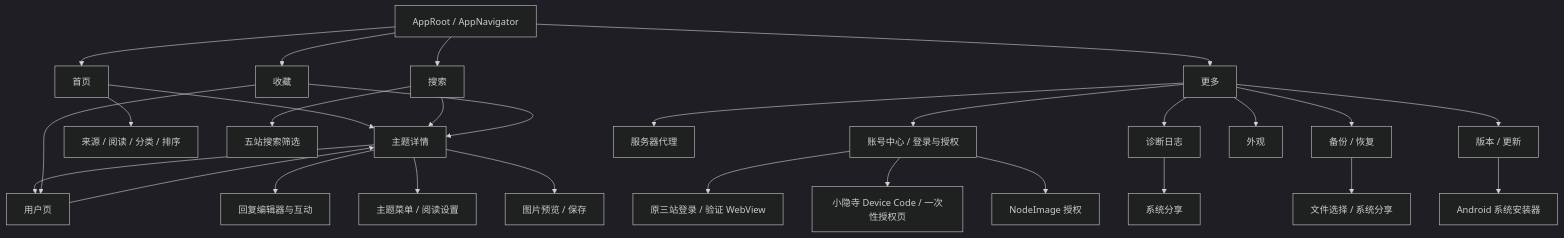
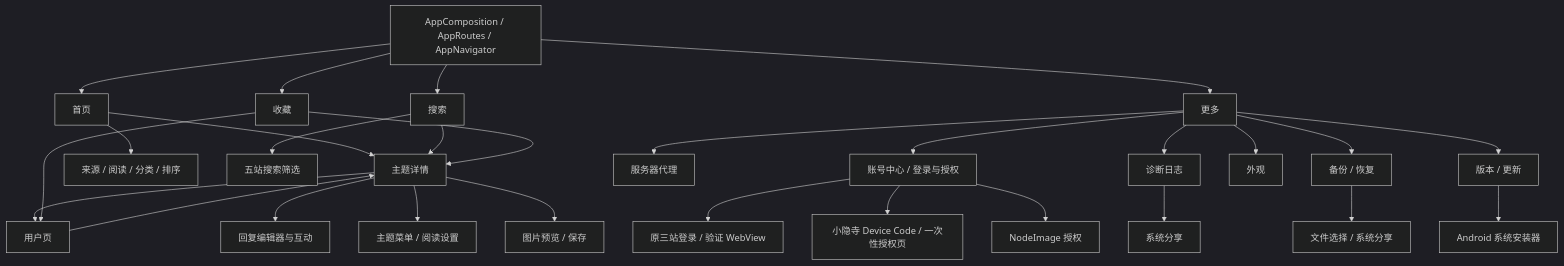
Before and after one commit to everythink98/wz-android: the diagram in docs/product-map.md, drawn with Mermaid (dark theme). The commit also changed other lines of this file and 5 other files, not shown here.

````diff
--- a/docs/product-map.md
+++ b/docs/product-map.md
@@ -16,30 +16,30 @@
 ```mermaid
 flowchart TD
-  APP["AppRoot / AppNavigator"] --> FEED["首页"]
+  APP["AppComposition / AppRoutes / AppNavigator"] --> FEED["首页"]
   APP --> SEARCH["搜索"]
   APP --> LIBRARY["收藏"]
   APP --> MORE["更多"]
   FEED --> TOPIC["主题详情"]
   FEED --> FEED_FILTER["来源 / 阅读 / 分类 / 排序"]
   SEARCH --> TOPIC
   SEARCH --> SEARCH_FILTER["五站搜索筛选"]
   LIBRARY --> TOPIC
   TOPIC --> USER["用户页"]
   USER --> TOPIC
   LIBRARY --> USER
   TOPIC --> COMPOSER["回复编辑器与互动"]
   TOPIC --> TOPIC_MENU["主题菜单 / 阅读设置"]
   TOPIC --> IMAGE["图片预览 / 保存"]
   MORE --> ACCOUNT["账号中心 / 登录与授权"]
   ACCOUNT --> VERIFY["原三站登录 / 验证 WebView"]
   ACCOUNT --> XIAOYINSI_AUTH["小隐寺 Device Code / 一次性授权页"]
   ACCOUNT --> NODEIMAGE["NodeImage 授权"]
   MORE --> PROXY["服务器代理"]
   MORE --> DIAG["诊断日志"]
   MORE --> BACKUP["备份 / 恢复"]
   MORE --> APPEARANCE["外观"]
   MORE --> UPDATE["版本 / 更新"]
   DIAG --> SHARE["系统分享"]
   BACKUP --> FILE_PICKER["文件选择 / 系统分享"]
   UPDATE --> INSTALLER["Android 系统安装器"]
 ```
````
